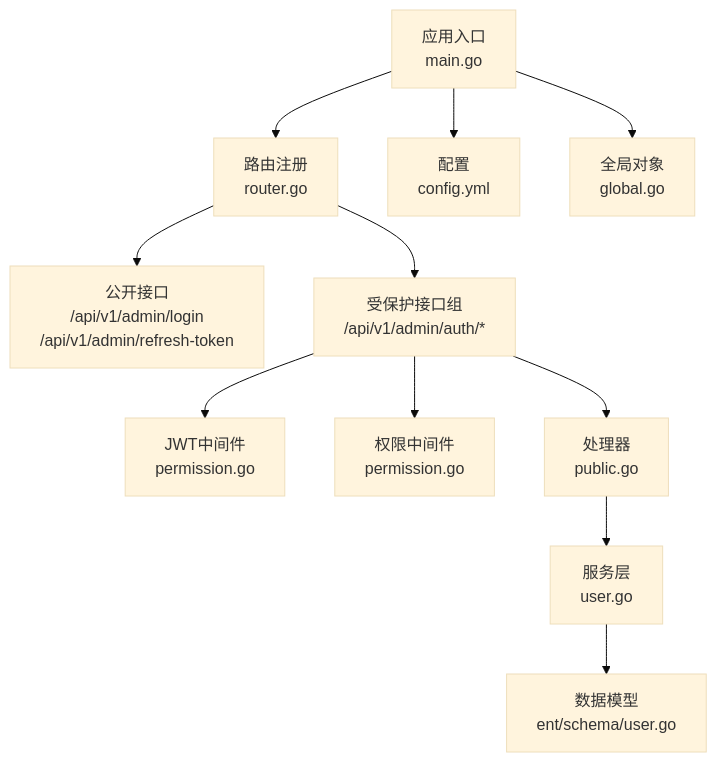
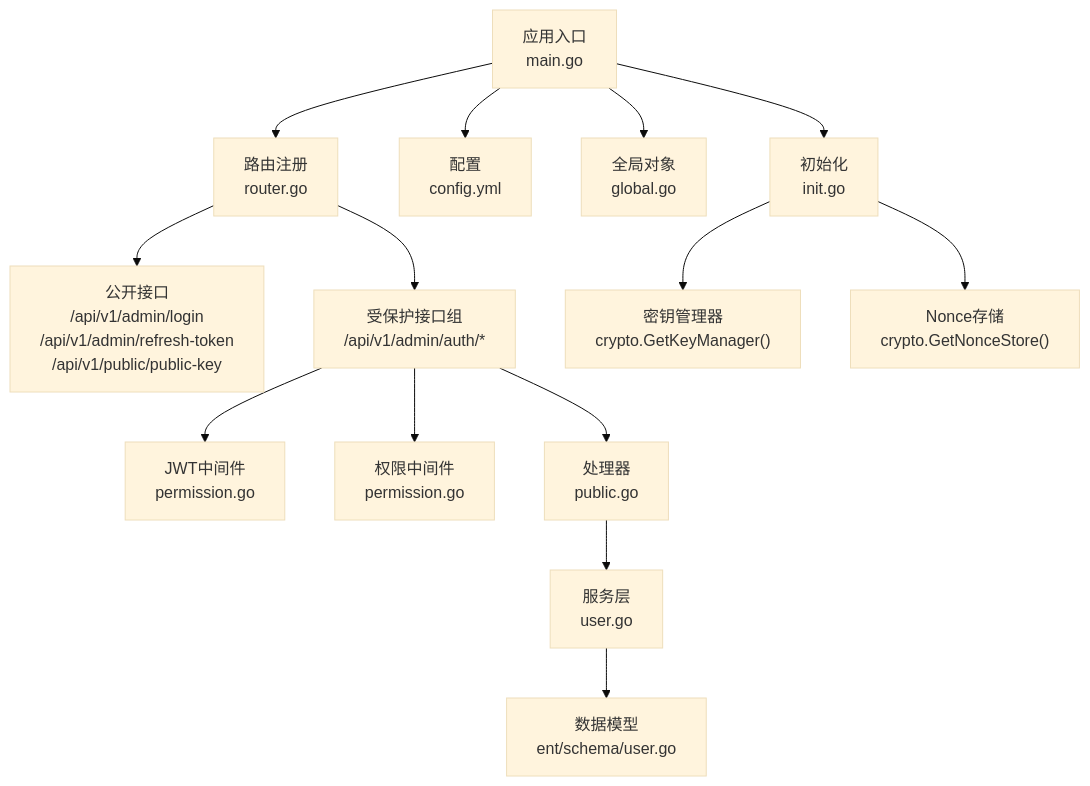
One commit to wuwuseo/e-sports-go-admin changed the first of 9 diagrams in .qoder/repowiki/zh/content/用户认证系统/用户认证系统.md. Above: the diagram before and after it, drawn with Mermaid (base theme). The commit also changed other lines of this file and 26 other files, not shown here.

````diff
--- a/.qoder/repowiki/zh/content/用户认证系统/用户认证系统.md
+++ b/.qoder/repowiki/zh/content/用户认证系统/用户认证系统.md
@@ -40,13 +52,16 @@
 ```mermaid
 graph TB
 A["应用入口<br/>main.go"] --> B["路由注册<br/>router.go"]
-B --> C["公开接口<br/>/api/v1/admin/login<br/>/api/v1/admin/refresh-token"]
+B --> C["公开接口<br/>/api/v1/admin/login<br/>/api/v1/admin/refresh-token<br/>/api/v1/public/public-key"]
 B --> D["受保护接口组<br/>/api/v1/admin/auth/*"]
 D --> E["JWT中间件<br/>permission.go"]
 D --> F["权限中间件<br/>permission.go"]
 D --> G["处理器<br/>public.go"]
 G --> H["服务层<br/>user.go"]
 H --> I["数据模型<br/>ent/schema/user.go"]
 A --> J["配置<br/>config.yml"]
 A --> K["全局对象<br/>global.go"]
+A --> L["初始化<br/>init.go"]
+L --> M["密钥管理器<br/>crypto.GetKeyManager()"]
+L --> N["Nonce存储<br/>crypto.GetNonceStore()"]
 ```
````
